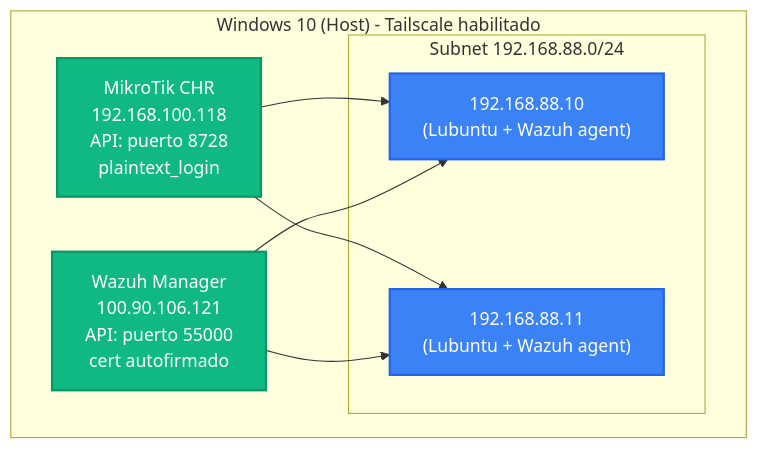
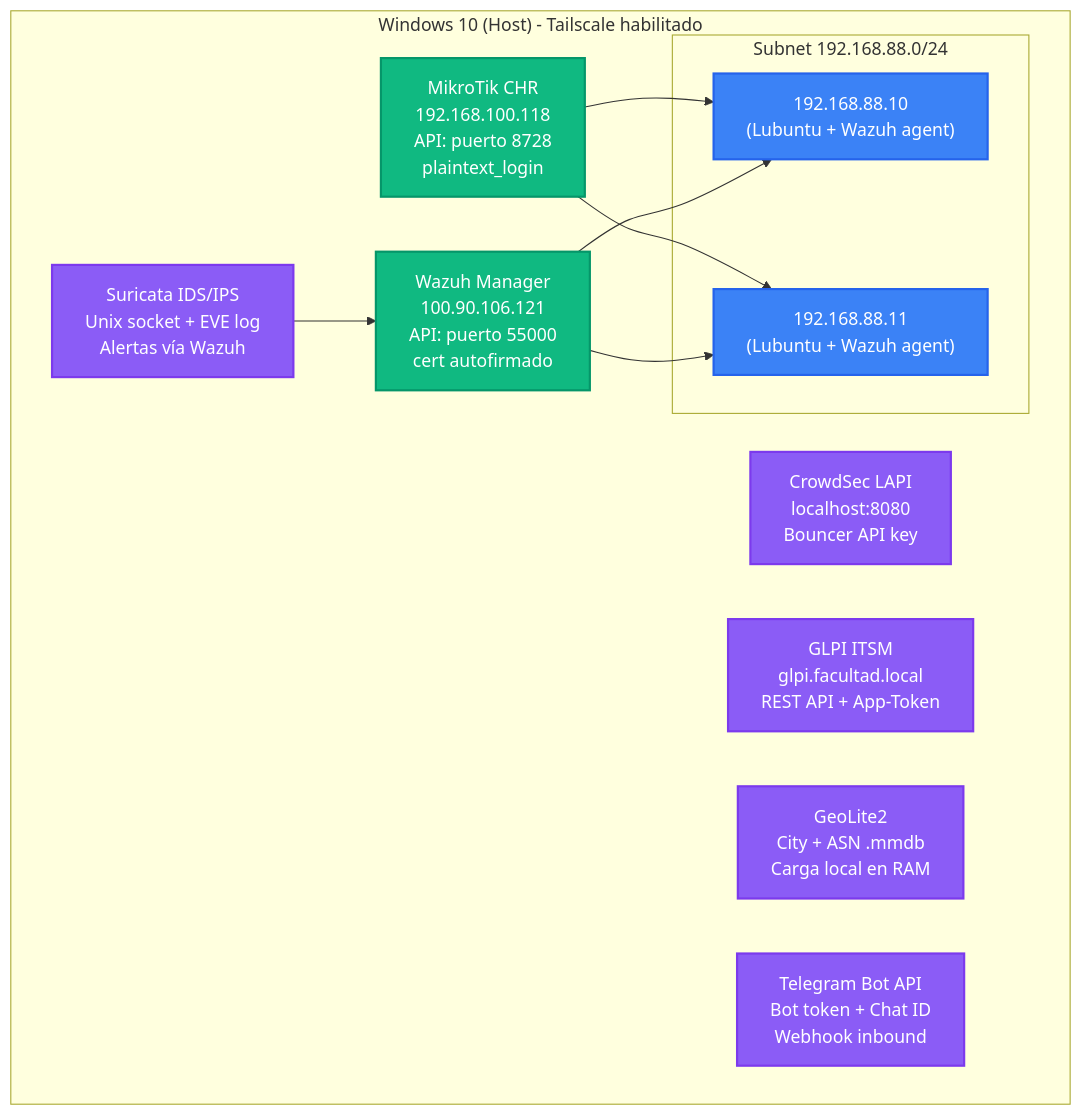
One commit to ZnivekZ/demoNetShield changed the first of 2 diagrams in CONTEXT.md. Above: the diagram before and after it, drawn with Mermaid. The commit also changed other lines of this file and 83 other files, not shown here.

````diff
--- a/CONTEXT.md
+++ b/CONTEXT.md
@@ -50,20 +54,27 @@
 ```mermaid
 graph TD
     classDef device fill:#10B981,color:#fff,stroke:#059669,stroke-width:2px
     classDef host fill:#3B82F6,color:#fff,stroke:#2563EB,stroke-width:2px
+    classDef service fill:#8B5CF6,color:#fff,stroke:#7C3AED,stroke-width:2px
 
     subgraph Windows["Windows 10 (Host) - Tailscale habilitado"]
         MT["MikroTik CHR<br/>192.168.100.118<br/>API: puerto 8728<br/>plaintext_login"]:::device
         WZ["Wazuh Manager<br/>100.90.106.121<br/>API: puerto 55000<br/>cert autofirmado"]:::device
+        CS["CrowdSec LAPI<br/>localhost:8080<br/>Bouncer API key"]:::service
+        SUR["Suricata IDS/IPS<br/>Unix socket + EVE log<br/>Alertas vía Wazuh"]:::service
+        GLPI["GLPI ITSM<br/>glpi.facultad.local<br/>REST API + App-Token"]:::service
+        GEO["GeoLite2<br/>City + ASN .mmdb<br/>Carga local en RAM"]:::service
+        TG["Telegram Bot API<br/>Bot token + Chat ID<br/>Webhook inbound"]:::service
         
         subgraph Subnet["Subnet 192.168.88.0/24"]
             L1["192.168.88.10<br/>(Lubuntu + Wazuh agent)"]:::host
             L2["192.168.88.11<br/>(Lubuntu + Wazuh agent)"]:::host
         end
     end
     
     MT --> L1
     MT --> L2
     WZ --> L1
     WZ --> L2
+    SUR --> WZ
 ```
````
